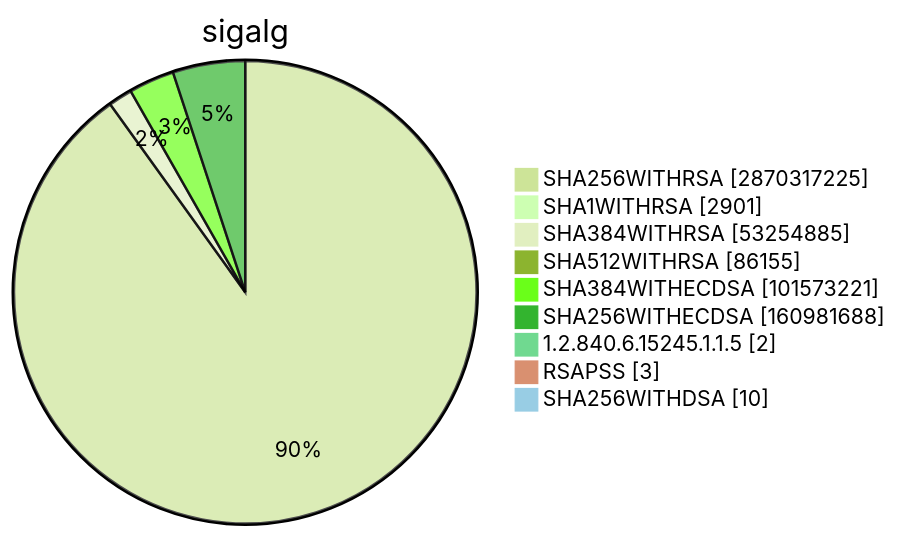
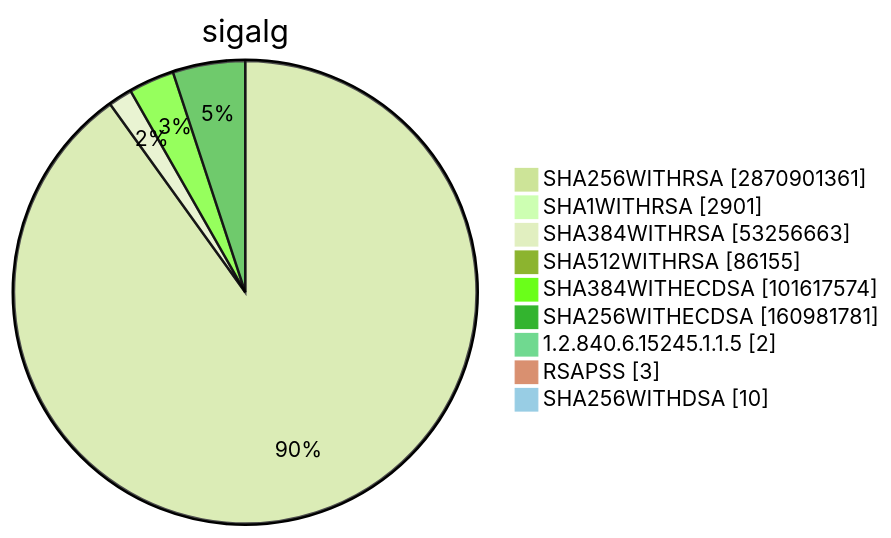
Before and after one commit to christiankrug/ctmonitor_visualization: diagram 15 of 15 in TOTAL/README.md, drawn with Mermaid (forest theme). The commit also changed other lines of this file, not shown here.

````diff
--- a/TOTAL/README.md
+++ b/TOTAL/README.md
@@ -6207,13 +6207,13 @@
 ```mermaid
 pie showData
 title sigalg
-"SHA256WITHRSA" :2870317225
+"SHA256WITHRSA" :2870901361
 "SHA1WITHRSA" :2901
-"SHA384WITHRSA" :53254885
+"SHA384WITHRSA" :53256663
 "SHA512WITHRSA" :86155
-"SHA384WITHECDSA" :101573221
-"SHA256WITHECDSA" :160981688
+"SHA384WITHECDSA" :101617574
+"SHA256WITHECDSA" :160981781
 "1.2.840.6.15245.1.1.5" :2
 "RSAPSS" :3
 "SHA256WITHDSA" :10
 ```
````
